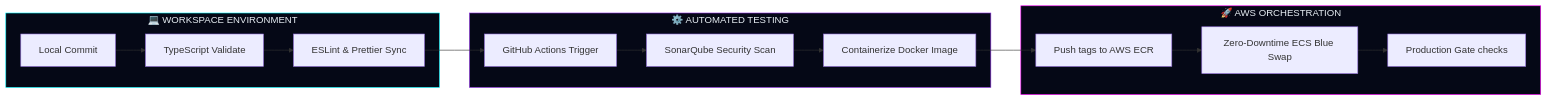
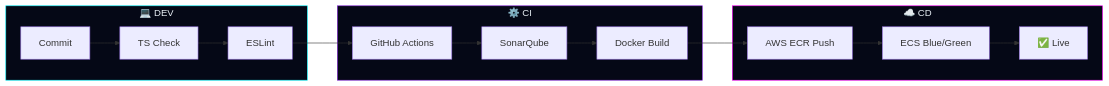
The second of 2 diagrams in README.md (Aviral-1/Aviral-1), drawn with Mermaid before and after one commit. The commit also changed other lines of this file and 4 other files, not shown here.

Commit message:
feat: visual-first profile overhaul — animated graphs, analytics widgets, portfolio link integration

````diff
--- a/README.md
+++ b/README.md
@@ -293,24 +148,18 @@
 ```mermaid
 flowchart LR
-    subgraph DEVELOP["💻 WORKSPACE ENVIRONMENT"]
-        A[Local Commit] --> B[TypeScript Validate]
-        B --> C[ESLint & Prettier Sync]
+    subgraph DEV["💻 DEV"]
+        A[Commit] --> B[TS Check] --> C[ESLint]
     end
-
-    subgraph CI["⚙️ AUTOMATED TESTING"]
-        D[GitHub Actions Trigger] --> E[SonarQube Security Scan]
-        E --> F[Containerize Docker Image]
+    subgraph CI["⚙️ CI"]
+        D[GitHub Actions] --> E[SonarQube] --> F[Docker Build]
     end
-
-    subgraph CD["🚀 AWS ORCHESTRATION"]
-        G[Push tags to AWS ECR] --> H[Zero-Downtime ECS Blue Swap]
-        H --> I[Production Gate checks]
+    subgraph CD["☁️ CD"]
+        G[AWS ECR Push] --> H[ECS Blue/Green] --> I[✅ Live]
     end
-
     C --> D
     F --> G
 
-    style DEVELOP fill:#050816,stroke:#00F7FF,color:#E6EDF3
+    style DEV fill:#050816,stroke:#00F7FF,color:#E6EDF3
     style CI fill:#050816,stroke:#8A2BE2,color:#E6EDF3
     style CD fill:#050816,stroke:#FF00FF,color:#E6EDF3
 ```
````
